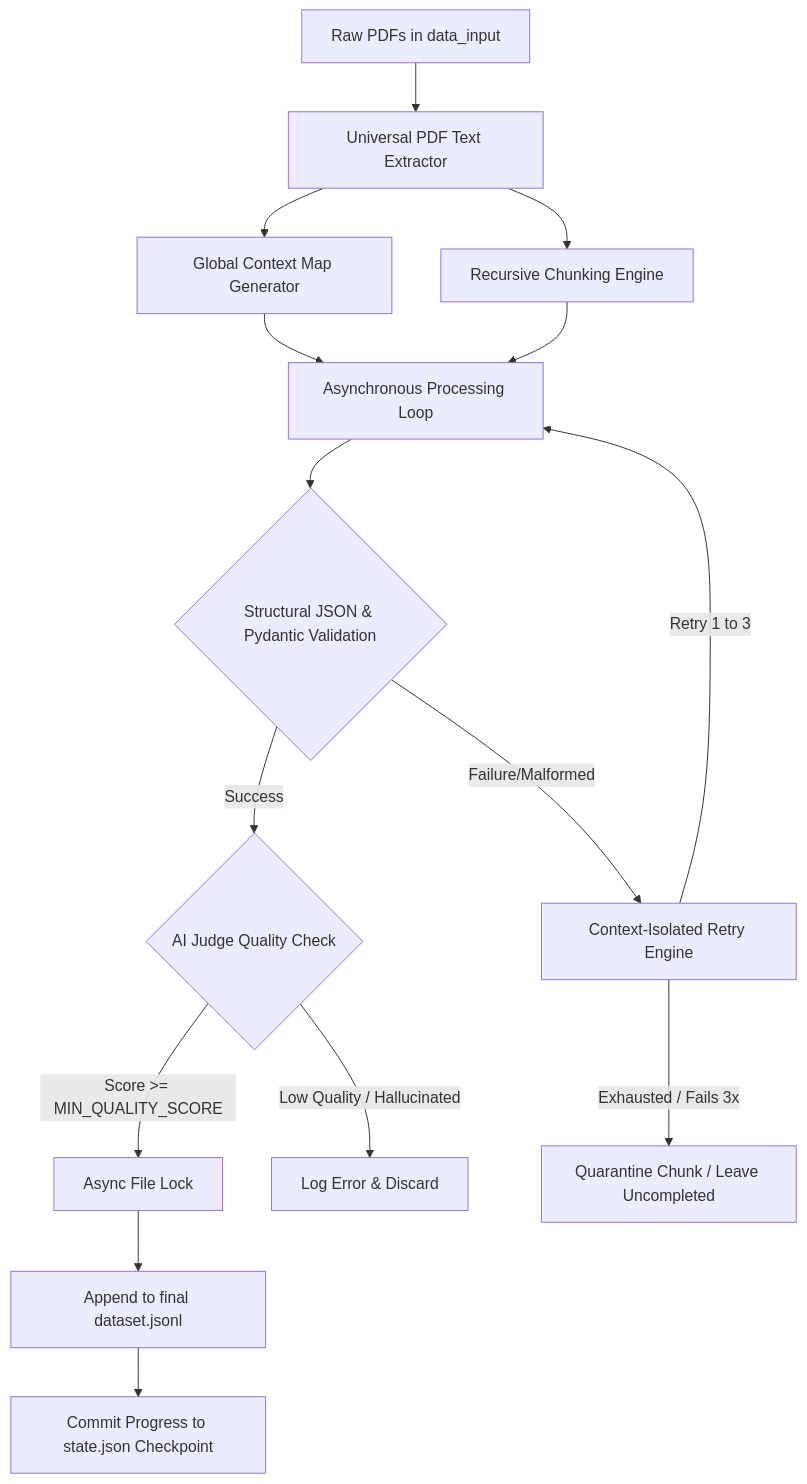
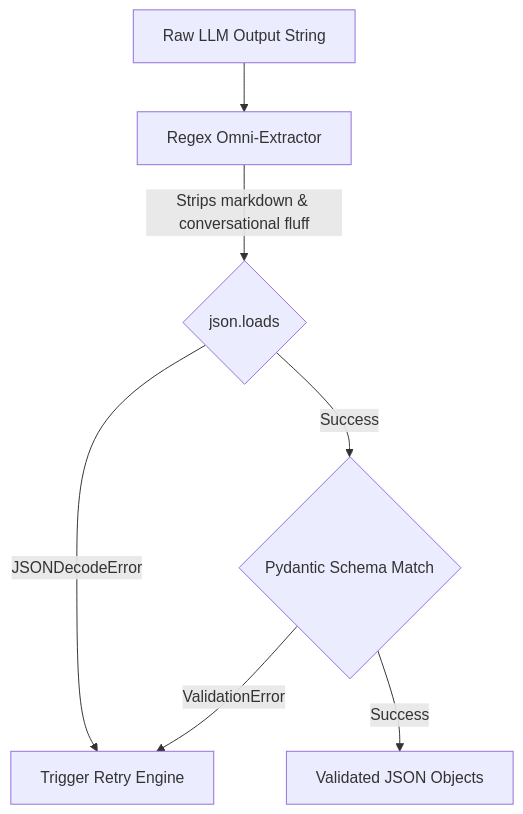
One commit to easonlai/doc2sft changed the third of 5 diagrams in README.md. Above: the diagram before and after it, drawn with Mermaid. The commit also changed other lines of this file, not shown here.

````diff
--- a/README.md
+++ b/README.md
@@ -32,17 +60,9 @@
 ```mermaid
 graph TD
-    A[Raw PDFs in data_input] --> B[Universal PDF Text Extractor]
-    B --> C[Global Context Map Generator]
-    B --> D[Recursive Chunking Engine]
-    C --> E[Asynchronous Processing Loop]
-    D --> E
-    E --> F{Structural JSON & Pydantic Validation}
-    F -- Success --> G{AI Judge Quality Check}
-    F -- Failure/Malformed --> H[Context-Isolated Retry Engine]
-    H -->|Retry 1 to 3| E
-    H -->|Exhausted / Fails 3x| I[Quarantine Chunk / Leave Uncompleted]
-    G -- Score >= MIN_QUALITY_SCORE --> J[Async File Lock]
-    G -- Low Quality / Hallucinated --> K[Log Error & Discard]
-    J --> L[Append to final dataset.jsonl]
-    L --> M[Commit Progress to state.json Checkpoint]
+    A[Raw LLM Output String] --> B[Regex Omni-Extractor]
+    B -->|Strips markdown & conversational fluff| C{json.loads}
+    C -- JSONDecodeError --> D[Trigger Retry Engine]
+    C -- Success --> E{Pydantic Schema Match}
+    E -- ValidationError --> D
+    E -- Success --> F[Validated JSON Objects]
 ```
````
